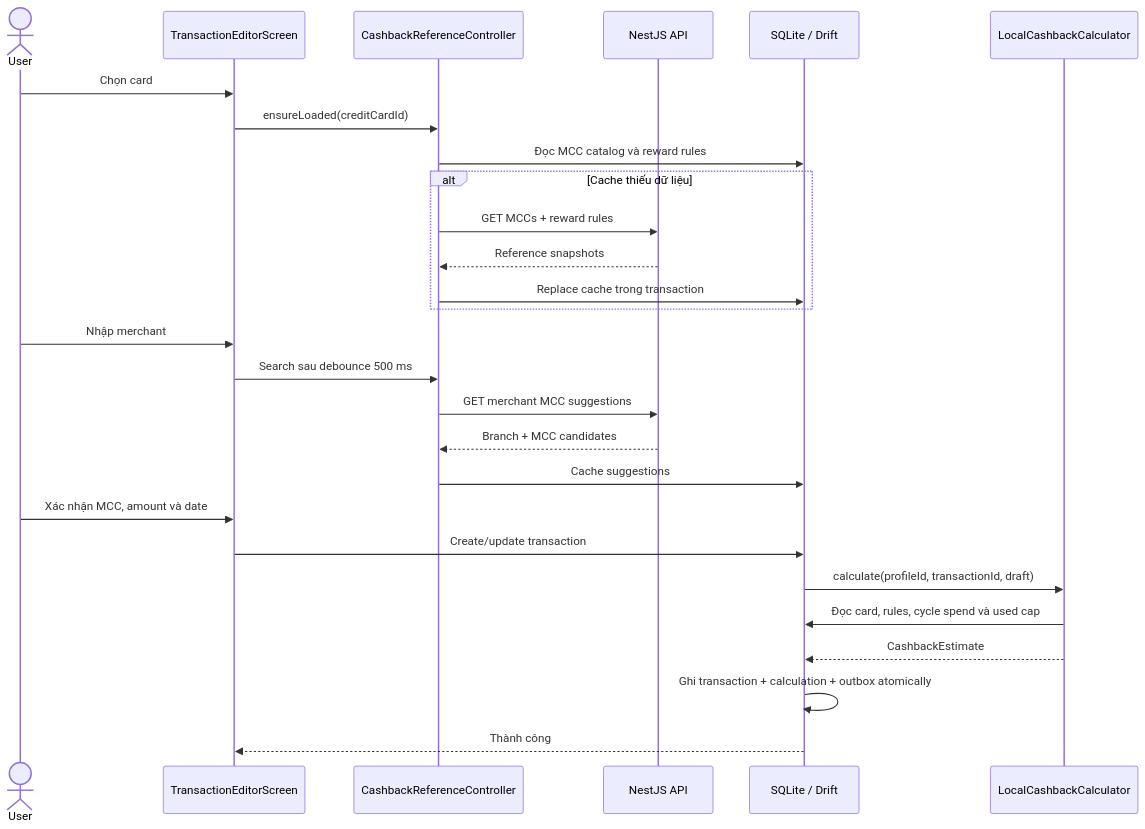
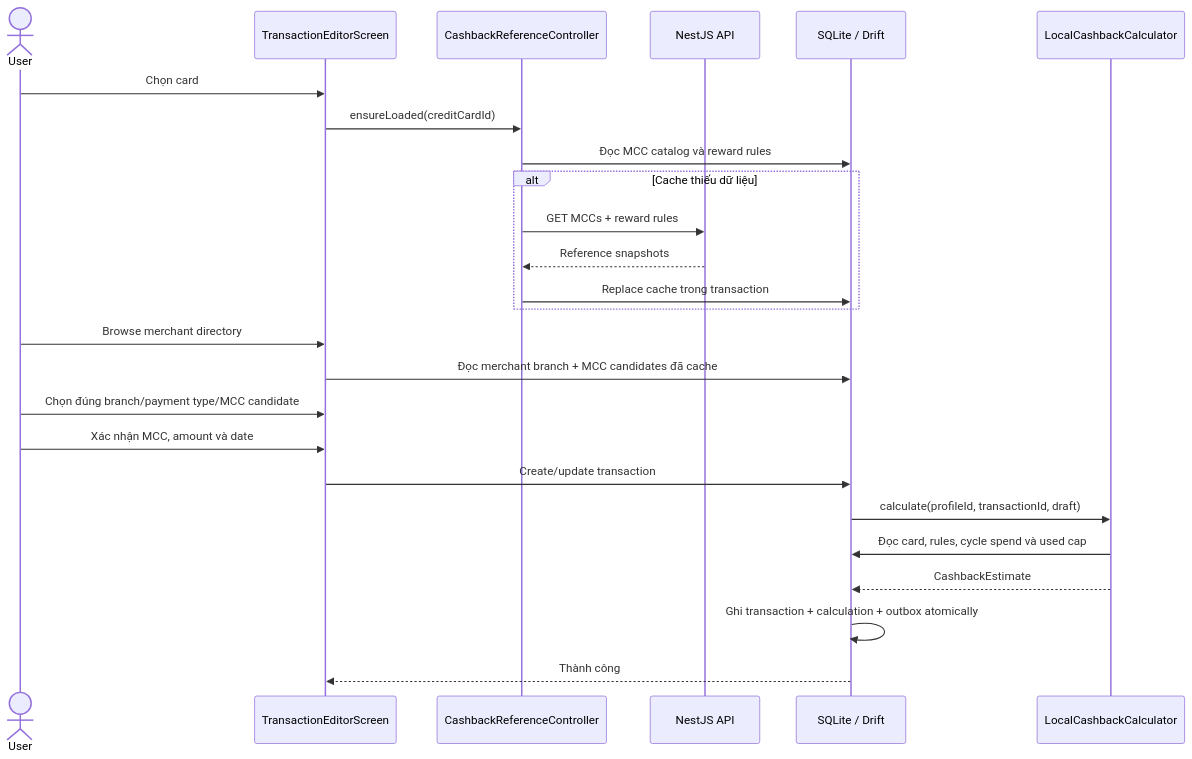
One commit to Anlele1701/PP_CardPilot changed the diagram in docs/CASHBACK_CALCULATION_FLOW.md. Above: the diagram before and after it, drawn with Mermaid. The commit also changed other lines of this file and 45 other files, not shown here.

````diff
--- a/docs/CASHBACK_CALCULATION_FLOW.md
+++ b/docs/CASHBACK_CALCULATION_FLOW.md
@@ -85,32 +85,30 @@
 ```mermaid
 sequenceDiagram
     actor User
     participant Form as TransactionEditorScreen
     participant Ref as CashbackReferenceController
     participant API as NestJS API
     participant DB as SQLite / Drift
     participant Calc as LocalCashbackCalculator
 
     User->>Form: Chọn card
     Form->>Ref: ensureLoaded(creditCardId)
     Ref->>DB: Đọc MCC catalog và reward rules
     alt Cache thiếu dữ liệu
         Ref->>API: GET MCCs + reward rules
         API-->>Ref: Reference snapshots
         Ref->>DB: Replace cache trong transaction
     end
 
-    User->>Form: Nhập merchant
-    Form->>Ref: Search sau debounce 500 ms
-    Ref->>API: GET merchant MCC suggestions
-    API-->>Ref: Branch + MCC candidates
-    Ref->>DB: Cache suggestions
+    User->>Form: Browse merchant directory
+    Form->>DB: Đọc merchant branch + MCC candidates đã cache
+    User->>Form: Chọn đúng branch/payment type/MCC candidate
 
     User->>Form: Xác nhận MCC, amount và date
     Form->>DB: Create/update transaction
     DB->>Calc: calculate(profileId, transactionId, draft)
     Calc->>DB: Đọc card, rules, cycle spend và used cap
     Calc-->>DB: CashbackEstimate
     DB->>DB: Ghi transaction + calculation + outbox atomically
     DB-->>Form: Thành công
 ```
````
